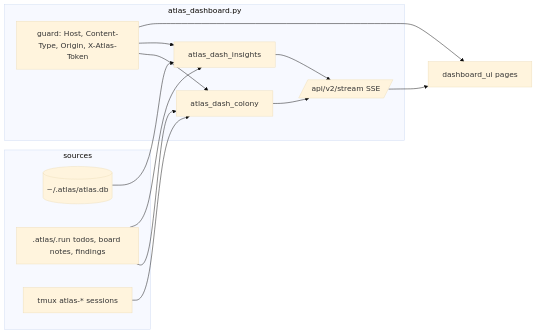
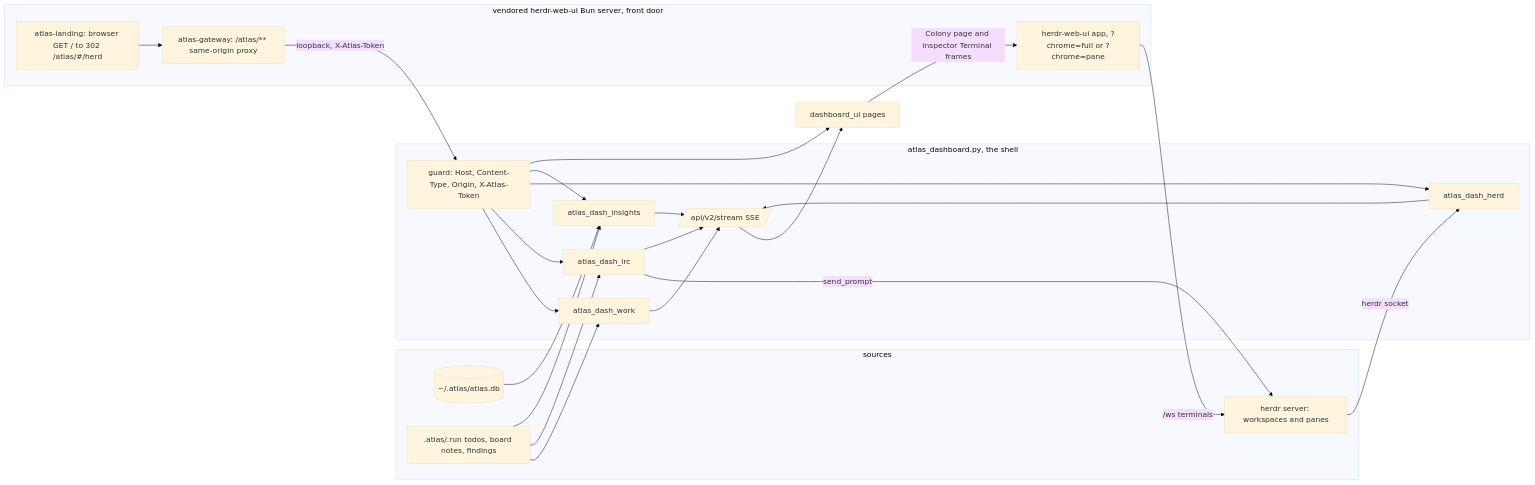
One commit to w159/tech-tools changed the diagram in docs/atlas-workboard.md. Above: the diagram before and after it, drawn with Mermaid (base theme). The commit also changed other lines of this file and 958 other files, not shown here.

First line of the commit message:
feat(atlas): 10.3.0 Atlas Command Center, channels, herdr host, hardened hooks and bridge

````diff
--- a/docs/atlas-workboard.md
+++ b/docs/atlas-workboard.md
@@ -34,24 +36,41 @@
 ```mermaid
 flowchart LR
   subgraph sources
     DB[(~/.atlas/atlas.db)]
     RUN[.atlas/.run todos, board notes, findings]
-    TMUX[tmux atlas-* sessions]
+    HERDR[herdr server: workspaces and panes]
   end
-  subgraph daemon[atlas_dashboard.py]
+  subgraph daemon[atlas_dashboard.py, the shell]
     G[guard: Host, Content-Type, Origin, X-Atlas-Token]
-    C[atlas_dash_colony]
+    W[atlas_dash_work]
+    IR[atlas_dash_irc]
+    HD[atlas_dash_herd]
     I[atlas_dash_insights]
     S[/api/v2/stream SSE/]
   end
+  subgraph door[vendored herdr-web-ui Bun server, front door]
+    LAND[atlas-landing: browser GET / to 302 /atlas/#/herd]
+    GW[atlas-gateway: /atlas/** same-origin proxy]
+    APP[herdr-web-ui app, ?chrome=full or ?chrome=pane]
+  end
   DB --> I
-  RUN --> C
+  RUN --> W
+  RUN --> IR
   RUN --> I
-  TMUX --> C
-  G --> C
+  HERDR -->|herdr socket| HD
+  IR -->|send_prompt| HERDR
+  G --> W
+  G --> IR
+  G --> HD
   G --> I
-  C --> S
+  W --> S
+  IR --> S
+  HD --> S
   I --> S
   S --> UI[dashboard_ui pages]
   G --> UI
+  LAND --> GW
+  GW -->|loopback, X-Atlas-Token| G
+  UI -->|Colony page and inspector Terminal frames| APP
+  APP -->|/ws terminals| HERDR
 ```
````
